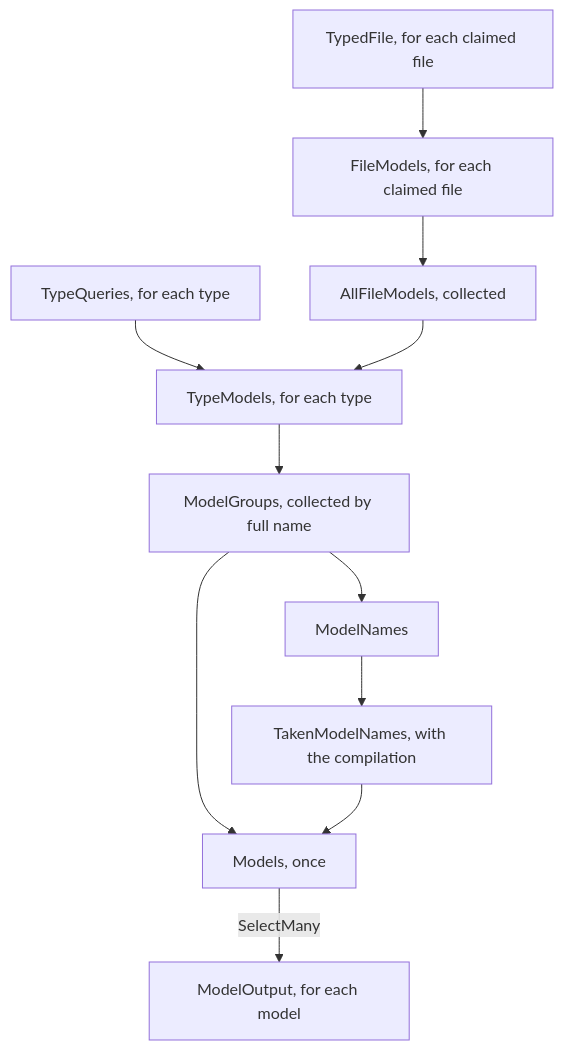
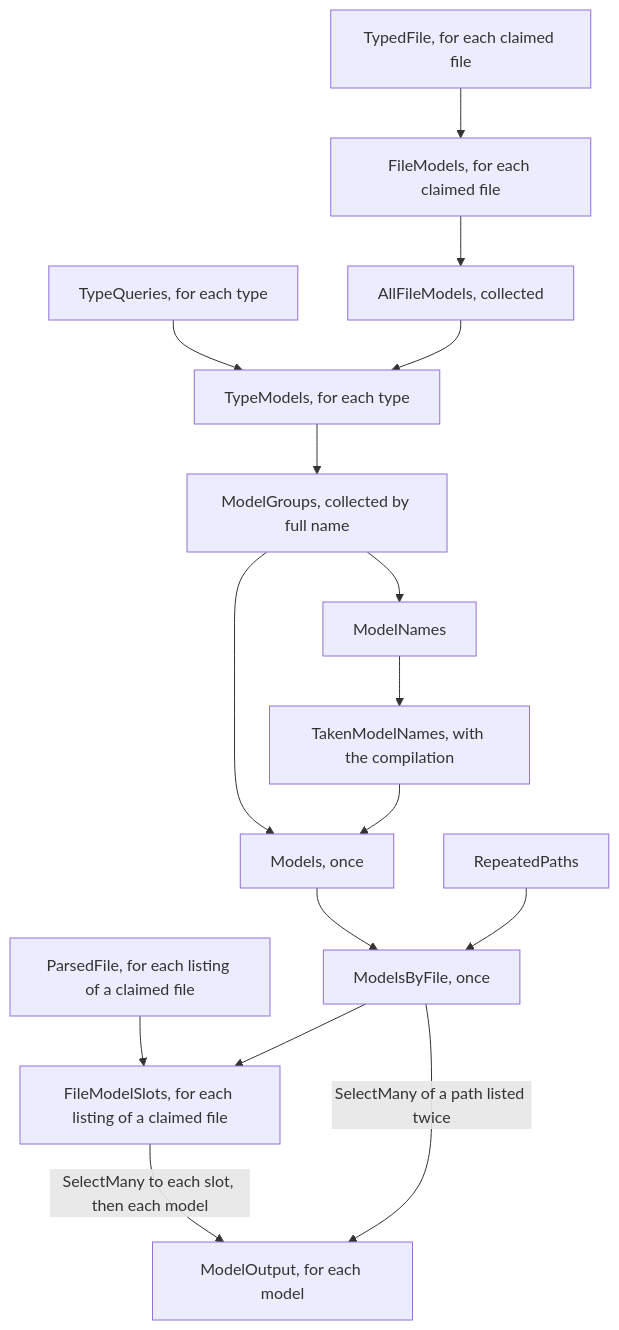
Before and after one commit to mbcrawfo/SqlSource: the second of 2 diagrams in docs/architecture/generator.md, drawn with Mermaid. The commit also changed other lines of this file and 5 other files, not shown here.

Commit message:
Document the models output by file and resolve TD-0060

````diff
--- a/docs/architecture/generator.md
+++ b/docs/architecture/generator.md
@@ -198,13 +206,18 @@
 ```mermaid
 flowchart TD
     typed["TypedFile, for each claimed file"] --> fileModels["FileModels, for each claimed file"]
     fileModels --> all["AllFileModels, collected"]
     typeQueries["TypeQueries, for each type"] --> typeModels["TypeModels, for each type"]
     all --> typeModels
     typeModels --> groups["ModelGroups, collected by full name"]
     groups --> names["ModelNames"]
     names --> taken["TakenModelNames, with the compilation"]
     groups --> models["Models, once"]
     taken --> models
-    models -->|"SelectMany"| output["ModelOutput, for each model"]
+    models --> byFile["ModelsByFile, once"]
+    repeated["RepeatedPaths"] --> byFile
+    parsed["ParsedFile, for each listing of a claimed file"] --> slots["FileModelSlots, for each listing of a claimed file"]
+    byFile --> slots
+    slots -->|"SelectMany to each slot, then each model"| output["ModelOutput, for each model"]
+    byFile -->|"SelectMany of a path listed twice"| output
 ```
````
